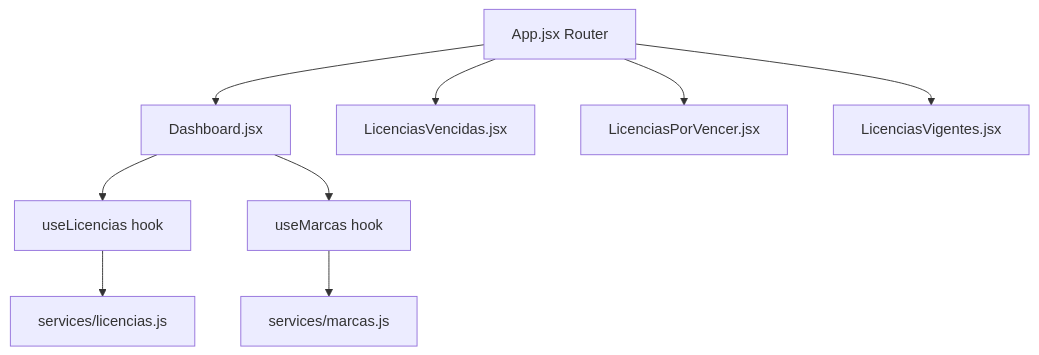
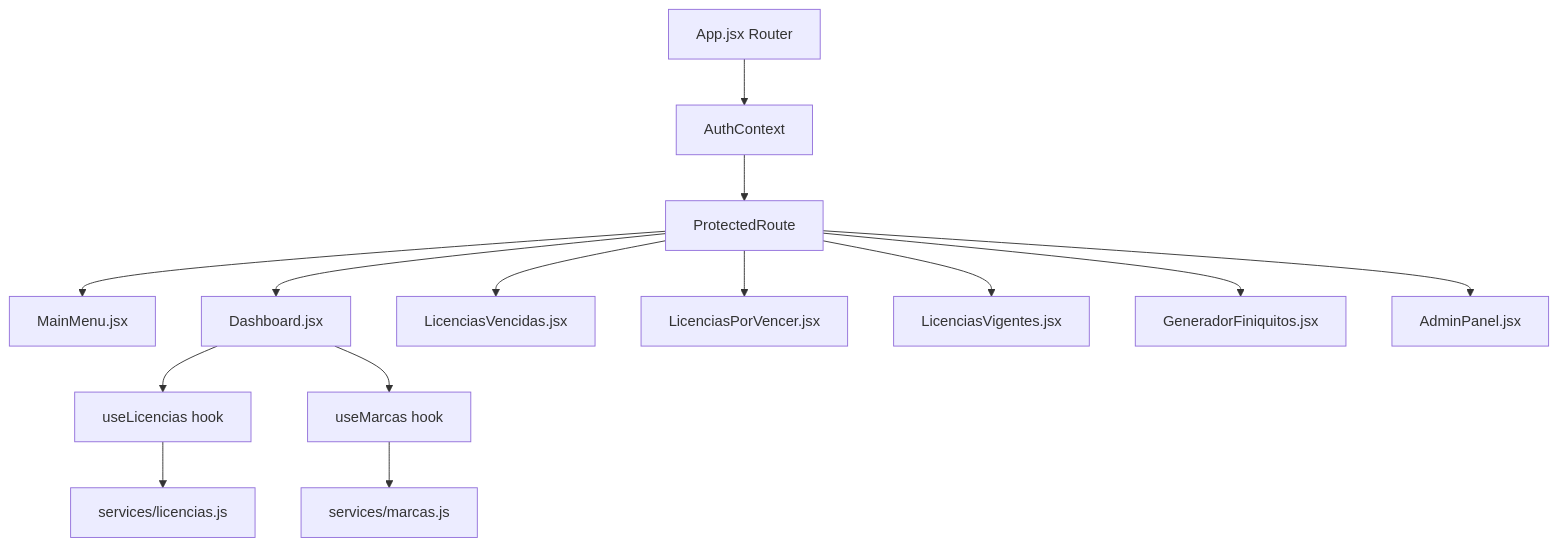
Before and after one commit to bgacitua/dashboard-licencias: the third of 3 diagrams in ARCHITECTURE.md, drawn with Mermaid. The commit also changed other lines of this file and 1 other file, not shown here.

````diff
--- a/ARCHITECTURE.md
+++ b/ARCHITECTURE.md
@@ -115,11 +274,19 @@
 ```mermaid
 flowchart TD
-    A[App.jsx Router] --> B[Dashboard.jsx]
-    A --> C[LicenciasVencidas.jsx]
-    A --> D[LicenciasPorVencer.jsx]
-    A --> E[LicenciasVigentes.jsx]
-    B --> F[useLicencias hook]
-    B --> G[useMarcas hook]
-    F --> H[services/licencias.js]
-    G --> I[services/marcas.js]
+    A[App.jsx Router] --> B[AuthContext]
+    B --> C[ProtectedRoute]
+
+    C --> D[MainMenu.jsx]
+    C --> E[Dashboard.jsx]
+    C --> F[LicenciasVencidas.jsx]
+    C --> G[LicenciasPorVencer.jsx]
+    C --> H[LicenciasVigentes.jsx]
+    C --> I[GeneradorFiniquitos.jsx]
+    C --> J[AdminPanel.jsx]
+
+    E --> K[useLicencias hook]
+    E --> L[useMarcas hook]
+
+    K --> M[services/licencias.js]
+    L --> N[services/marcas.js]
 ```
````
